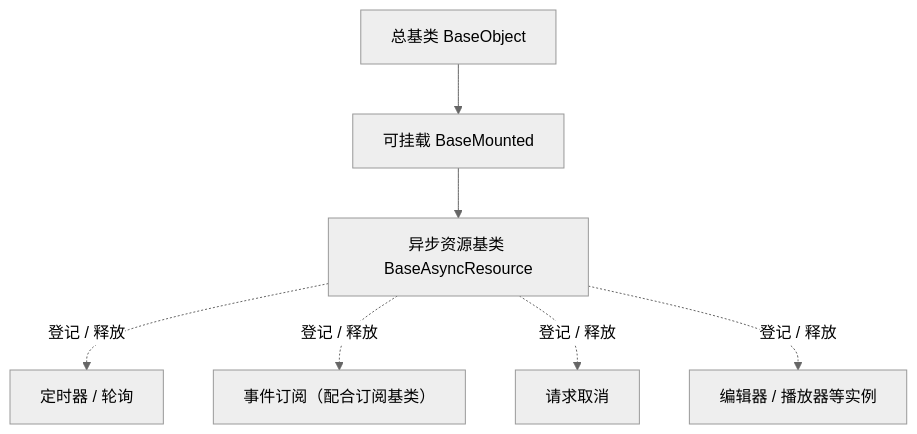
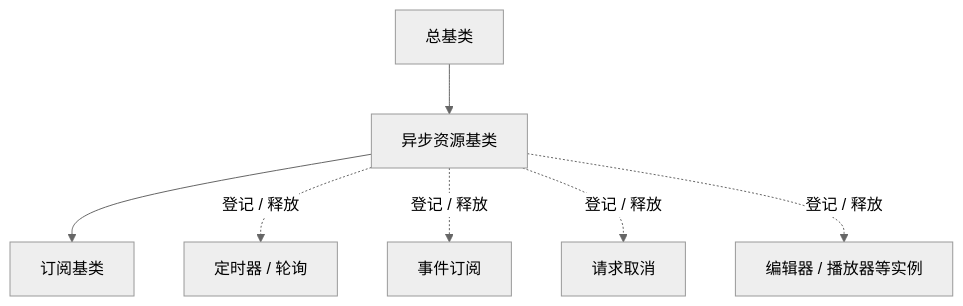
The diagram in bms文档/设计/组件设计/02_基础组件类/01_机制基类/05_组件设计_异步资源基类/05_组件设计_异步资源基类.md (minjian123/basic-management-system), drawn with Mermaid (neutral theme) before and after one commit. The commit also changed other lines of this file and 108 other files, not shown here.

````diff
--- a/bms文档/设计/组件设计/02_基础组件类/01_机制基类/05_组件设计_异步资源基类/05_组件设计_异步资源基类.md
+++ b/bms文档/设计/组件设计/02_基础组件类/01_机制基类/05_组件设计_异步资源基类/05_组件设计_异步资源基类.md
@@ -16,9 +16,9 @@
 ```mermaid
 flowchart TD
-    OBJ["总基类 BaseObject"] --> MO["可挂载 BaseMounted"]
-    MO --> AR["异步资源基类 BaseAsyncResource"]
+    OBJ["总基类"] --> AR["异步资源基类"]
+    AR --> SUB["订阅基类"]
     AR -. "登记 / 释放" .-> T["定时器 / 轮询"]
-    AR -. "登记 / 释放" .-> S["事件订阅（配合订阅基类）"]
+    AR -. "登记 / 释放" .-> S["事件订阅"]
     AR -. "登记 / 释放" .-> R["请求取消"]
     AR -. "登记 / 释放" .-> E["编辑器 / 播放器等实例"]
 ```
````
